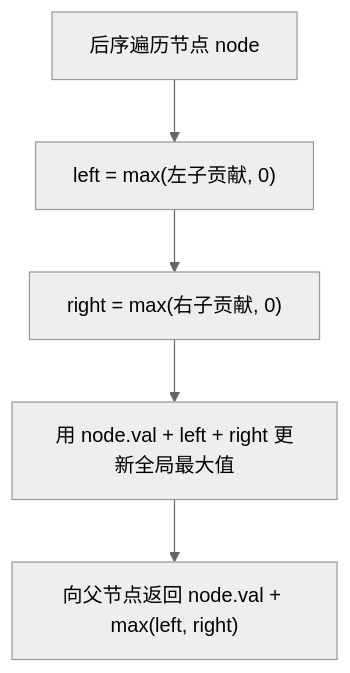
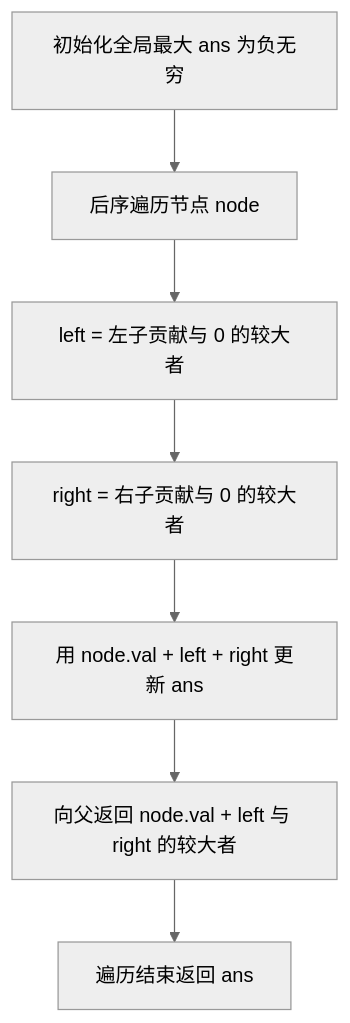
The first of 2 diagrams in 09-二叉树/0124-二叉树中的最大路径和.md (OctalZero/hot100-py), drawn with Mermaid (neutral theme) before and after one commit. The commit also changed other lines of this file and 117 other files, not shown here.

First line of the commit message:
feat: 全题解配图升级为「动画式 mermaid」（总览骨架 + 横向时间线逐步推演）

````diff
--- a/09-二叉树/0124-二叉树中的最大路径和.md
+++ b/09-二叉树/0124-二叉树中的最大路径和.md
@@ -20,7 +20,9 @@
 ```mermaid
 flowchart TD
-    A["后序遍历节点 node"] --> B["left = max(左子贡献, 0)"]
-    B --> C["right = max(右子贡献, 0)"]
-    C --> D["用 node.val + left + right 更新全局最大值"]
-    D --> E["向父节点返回 node.val + max(left, right)"]
+    A["初始化全局最大 ans 为负无穷"] --> B["后序遍历节点 node"]
+    B --> C["left = 左子贡献与 0 的较大者"]
+    C --> D["right = 右子贡献与 0 的较大者"]
+    D --> E["用 node.val + left + right 更新 ans"]
+    E --> F["向父返回 node.val + left 与 right 的较大者"]
+    F --> G["遍历结束返回 ans"]
 ```
````
